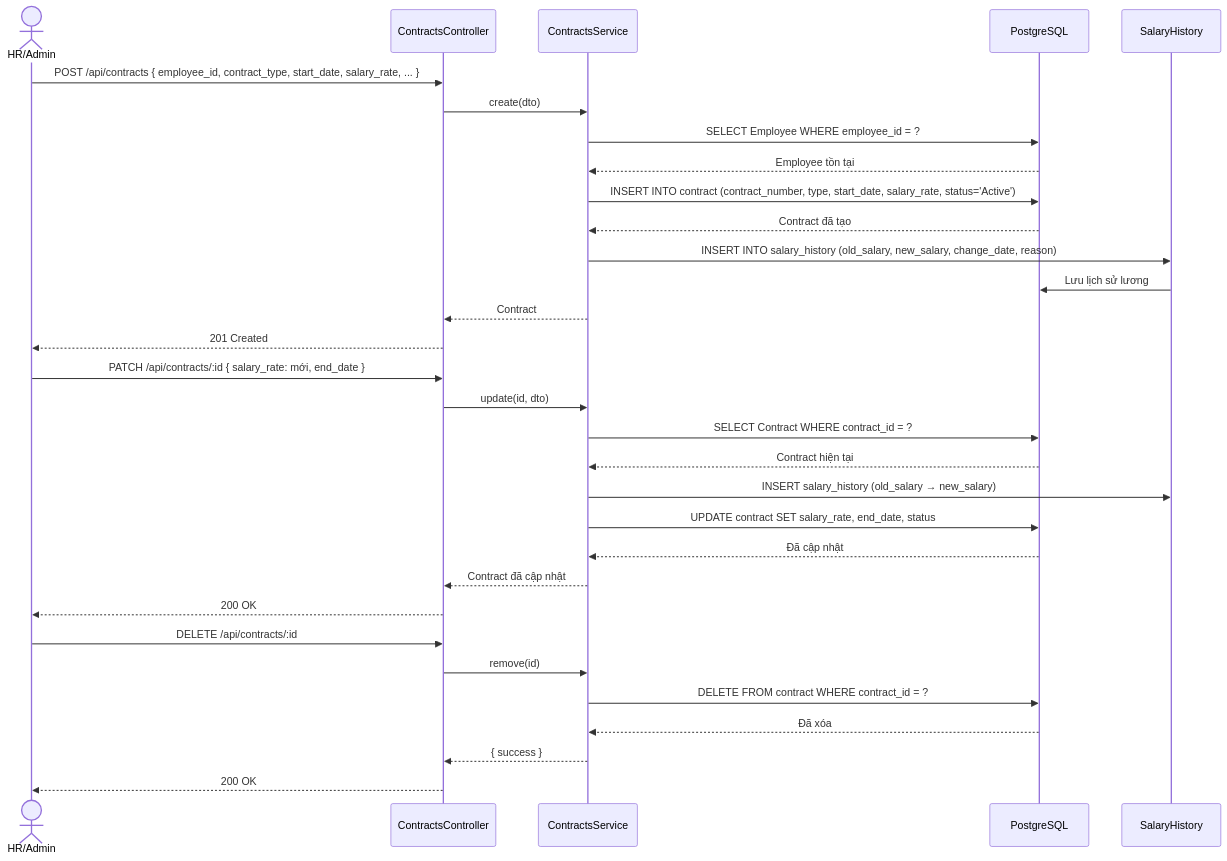
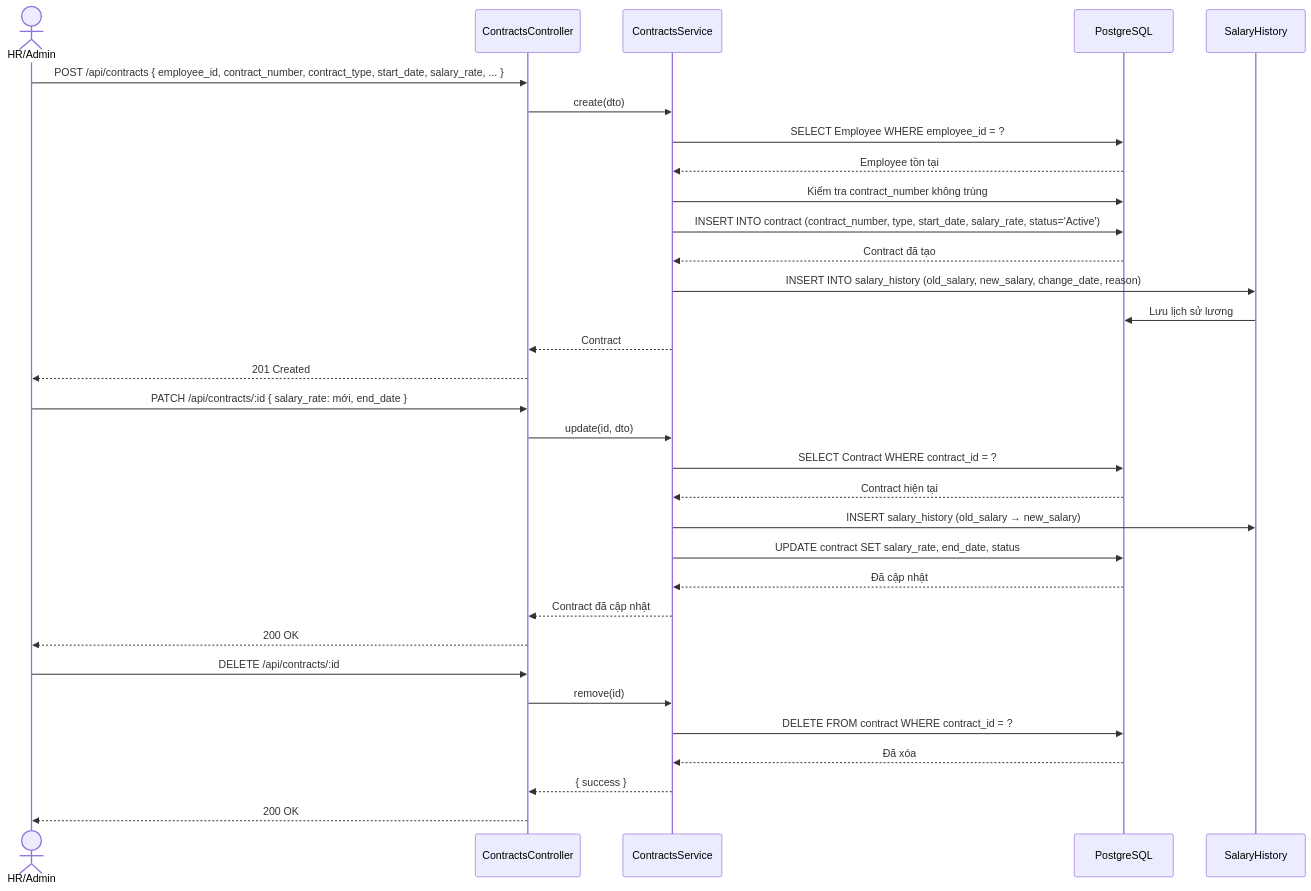
Before and after one commit to Luo-Zhii/HRM-Gene: the eighth of 16 diagrams in docs/sequence-diagrams.md, drawn with Mermaid. The commit also changed other lines of this file and 2 other files, not shown here.

````diff
--- a/docs/sequence-diagrams.md
+++ b/docs/sequence-diagrams.md
@@ -378,36 +379,37 @@
 ```mermaid
 sequenceDiagram
     actor HR as HR/Admin
     participant CC as ContractsController
     participant CS as ContractsService
     participant DB as PostgreSQL
     participant SH as SalaryHistory
 
-    HR->>CC: POST /api/contracts { employee_id, contract_type, start_date, salary_rate, ... }
+    HR->>CC: POST /api/contracts { employee_id, contract_number, contract_type, start_date, salary_rate, ... }
     CC->>CS: create(dto)
     CS->>DB: SELECT Employee WHERE employee_id = ?
     DB-->>CS: Employee tồn tại
+    CS->>DB: Kiểm tra contract_number không trùng
     CS->>DB: INSERT INTO contract (contract_number, type, start_date, salary_rate, status='Active')
     DB-->>CS: Contract đã tạo
     CS->>SH: INSERT INTO salary_history (old_salary, new_salary, change_date, reason)
     SH->>DB: Lưu lịch sử lương
     CS-->>CC: Contract
     CC-->>HR: 201 Created
 
     HR->>CC: PATCH /api/contracts/:id { salary_rate: mới, end_date }
     CC->>CS: update(id, dto)
     CS->>DB: SELECT Contract WHERE contract_id = ?
     DB-->>CS: Contract hiện tại
     CS->>SH: INSERT salary_history (old_salary → new_salary)
     CS->>DB: UPDATE contract SET salary_rate, end_date, status
     DB-->>CS: Đã cập nhật
     CS-->>CC: Contract đã cập nhật
     CC-->>HR: 200 OK
 
     HR->>CC: DELETE /api/contracts/:id
     CC->>CS: remove(id)
     CS->>DB: DELETE FROM contract WHERE contract_id = ?
     DB-->>CS: Đã xóa
     CS-->>CC: { success }
     CC-->>HR: 200 OK
 ```
````
